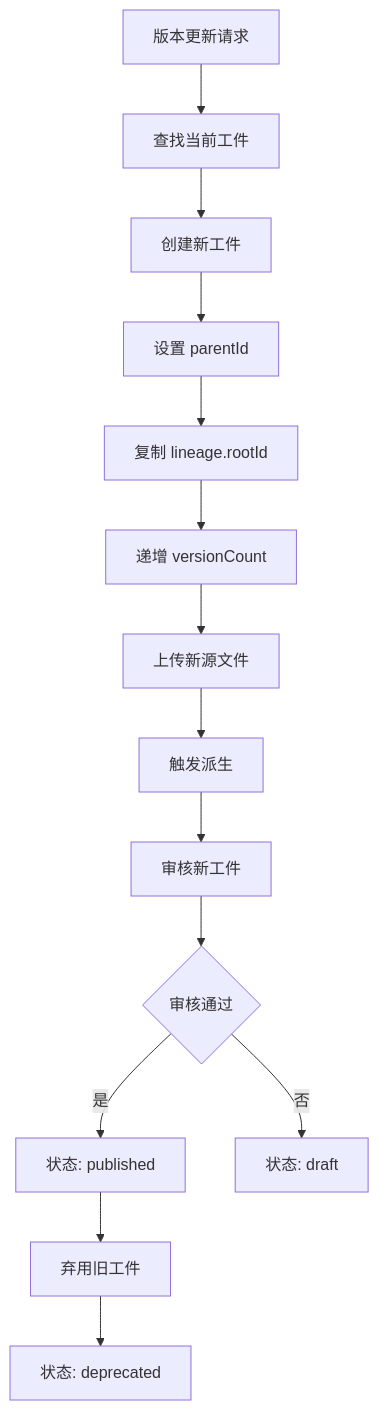
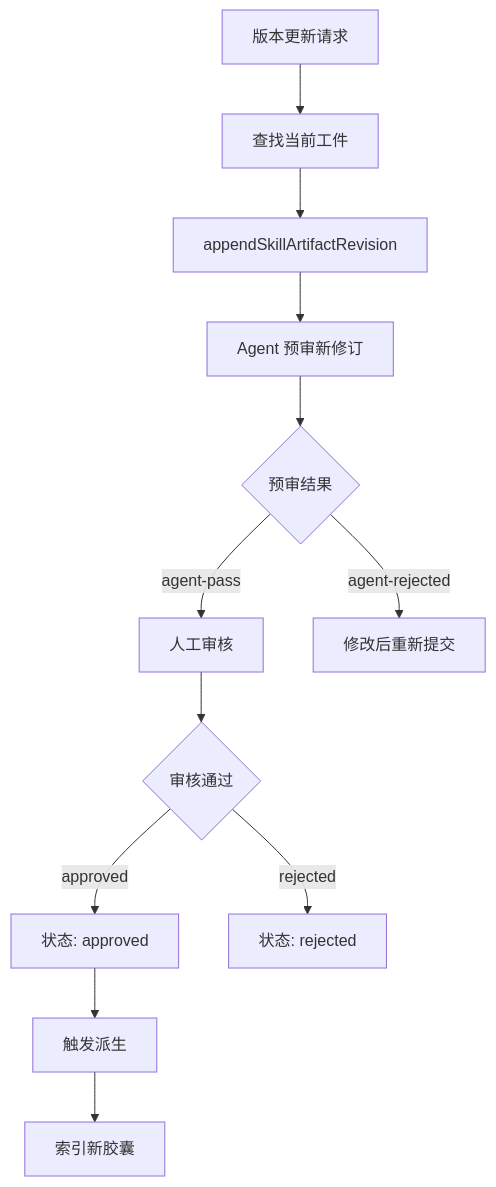
One commit to pofossette/TrapMap-for-vibing changed the seventh of 7 diagrams in docs/architecture/components/ARTIFACTS.md. Above: the diagram before and after it, drawn with Mermaid. The commit also changed other lines of this file and 17 other files, not shown here.

````diff
--- a/docs/architecture/components/ARTIFACTS.md
+++ b/docs/architecture/components/ARTIFACTS.md
@@ -308,18 +316,16 @@
 ```mermaid
 flowchart TB
     A[版本更新请求] --> B[查找当前工件]
-    B --> C[创建新工件]
-    C --> D[设置 parentId]
-    D --> E[复制 lineage.rootId]
-    E --> F[递增 versionCount]
-    F --> G[上传新源文件]
-    G --> H[触发派生]
-    H --> I[审核新工件]
-    I --> J{审核通过}
+    B --> C[appendSkillArtifactRevision]
+    C --> D[Agent 预审新修订]
+    D --> E{预审结果}
+    E -->|agent-pass| F[人工审核]
+    E -->|agent-rejected| G[修改后重新提交]
+    F --> H{审核通过}
     
-    J -->|是| K[状态: published]
-    J -->|否| L[状态: draft]
+    H -->|approved| I[状态: approved]
+    H -->|rejected| J[状态: rejected]
     
-    K --> M[弃用旧工件]
-    M --> N[状态: deprecated]
+    I --> K[触发派生]
+    K --> L[索引新胶囊]
 ```
````
